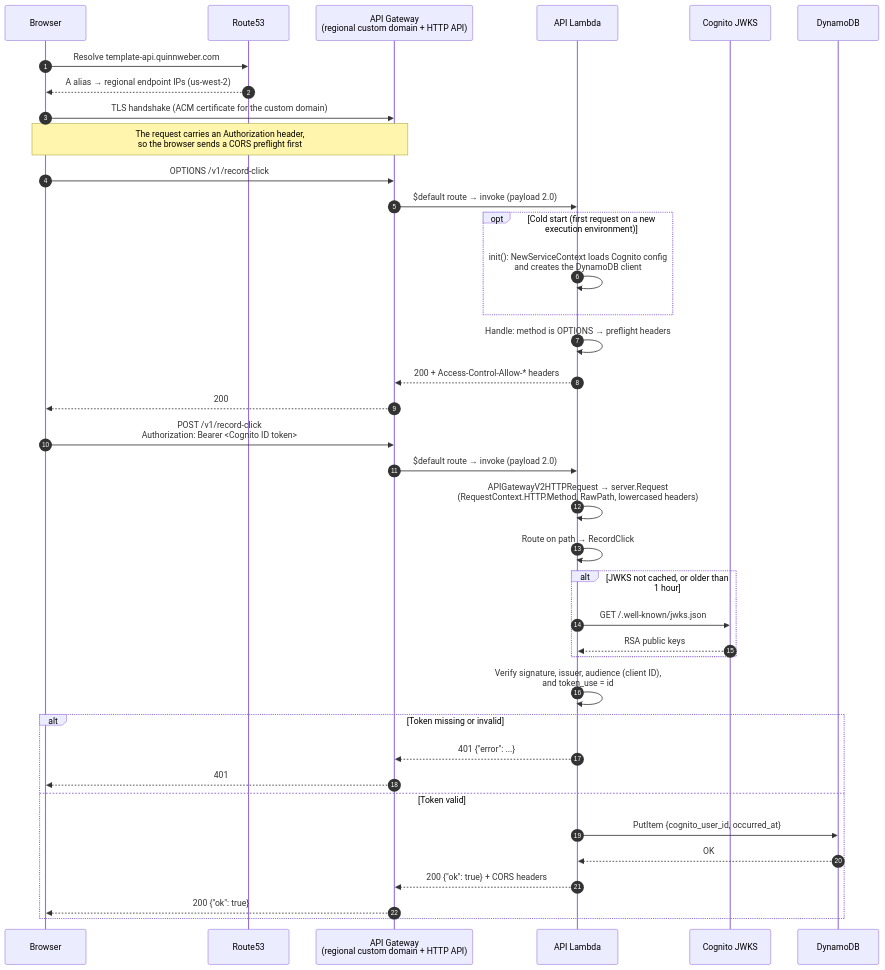
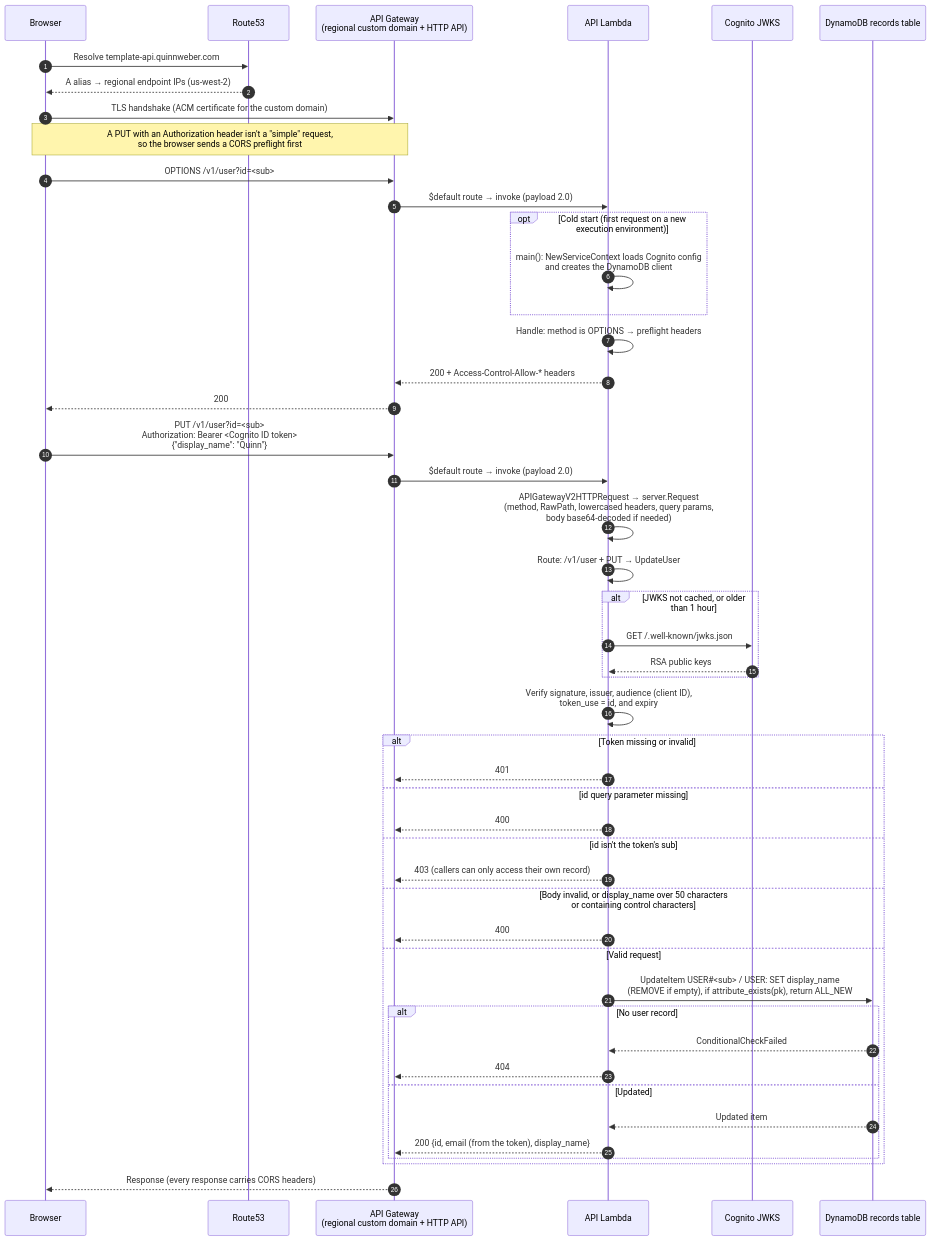
Before and after one commit to qsweber/go-template: the second of 2 diagrams in docs/request-lifecycle.md, drawn with Mermaid. The commit also changed other lines of this file, not shown here.

First line of the commit message:
Update the request lifecycle doc for the records table

````diff
--- a/docs/request-lifecycle.md
+++ b/docs/request-lifecycle.md
@@ -22,43 +77,53 @@
 ```mermaid
 sequenceDiagram
     autonumber
     participant B as Browser
     participant DNS as Route53
     participant APIGW as API Gateway<br/>(regional custom domain + HTTP API)
     participant L as API Lambda
     participant C as Cognito JWKS
-    participant D as DynamoDB
+    participant D as DynamoDB records table
 
     B->>DNS: Resolve template-api.quinnweber.com
     DNS-->>B: A alias → regional endpoint IPs (us-west-2)
     B->>APIGW: TLS handshake (ACM certificate for the custom domain)
 
-    Note over B,APIGW: The request carries an Authorization header,<br/>so the browser sends a CORS preflight first
-    B->>APIGW: OPTIONS /v1/record-click
+    Note over B,APIGW: A PUT with an Authorization header isn't a "simple" request,<br/>so the browser sends a CORS preflight first
+    B->>APIGW: OPTIONS /v1/user?id=<sub>
     APIGW->>L: $default route → invoke (payload 2.0)
     opt Cold start (first request on a new execution environment)
-        L->>L: init(): NewServiceContext loads Cognito config<br/>and creates the DynamoDB client
+        L->>L: main(): NewServiceContext loads Cognito config<br/>and creates the DynamoDB client
     end
     L->>L: Handle: method is OPTIONS → preflight headers
     L-->>APIGW: 200 + Access-Control-Allow-* headers
     APIGW-->>B: 200
 
-    B->>APIGW: POST /v1/record-click<br/>Authorization: Bearer <Cognito ID token>
+    B->>APIGW: PUT /v1/user?id=<sub><br/>Authorization: Bearer <Cognito ID token><br/>{"display_name": "Quinn"}
     APIGW->>L: $default route → invoke (payload 2.0)
-    L->>L: APIGatewayV2HTTPRequest → server.Request<br/>(RequestContext.HTTP.Method, RawPath, lowercased headers)
-    L->>L: Route on path → RecordClick
+    L->>L: APIGatewayV2HTTPRequest → server.Request<br/>(method, RawPath, lowercased headers, query params,<br/>body base64-decoded if needed)
+    L->>L: Route: /v1/user + PUT → UpdateUser
     alt JWKS not cached, or older than 1 hour
         L->>C: GET /.well-known/jwks.json
         C-->>L: RSA public keys
     end
-    L->>L: Verify signature, issuer, audience (client ID),<br/>and token_use = id
+    L->>L: Verify signature, issuer, audience (client ID),<br/>token_use = id, and expiry
     alt Token missing or invalid
-        L-->>APIGW: 401 {"error": ...}
-        APIGW-->>B: 401
-    else Token valid
-        L->>D: PutItem {cognito_user_id, occurred_at}
-        D-->>L: OK
-        L-->>APIGW: 200 {"ok": true} + CORS headers
-        APIGW-->>B: 200 {"ok": true}
+        L-->>APIGW: 401
+    else id query parameter missing
+        L-->>APIGW: 400
+    else id isn't the token's sub
+        L-->>APIGW: 403 (callers can only access their own record)
+    else Body invalid, or display_name over 50 characters<br/>or containing control characters
+        L-->>APIGW: 400
+    else Valid request
+        L->>D: UpdateItem USER#35;<sub> / USER: SET display_name<br/>(REMOVE if empty), if attribute_exists(pk), return ALL_NEW
+        alt No user record
+            D-->>L: ConditionalCheckFailed
+            L-->>APIGW: 404
+        else Updated
+            D-->>L: Updated item
+            L-->>APIGW: 200 {id, email (from the token), display_name}
+        end
     end
+    APIGW-->>B: Response (every response carries CORS headers)
 ```
````
